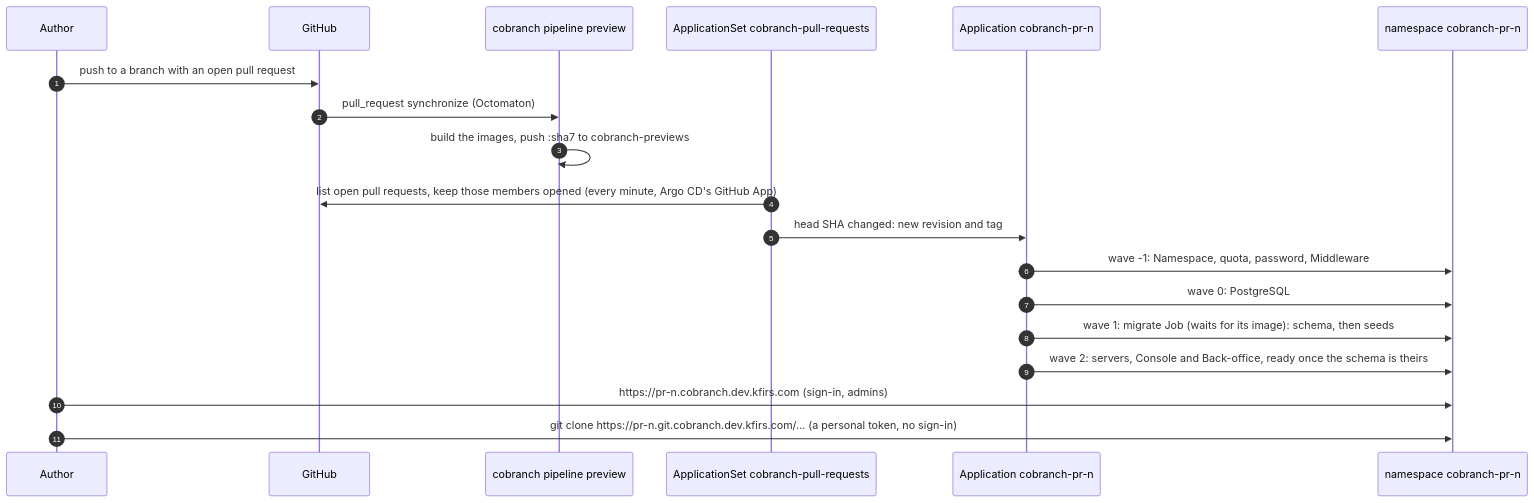
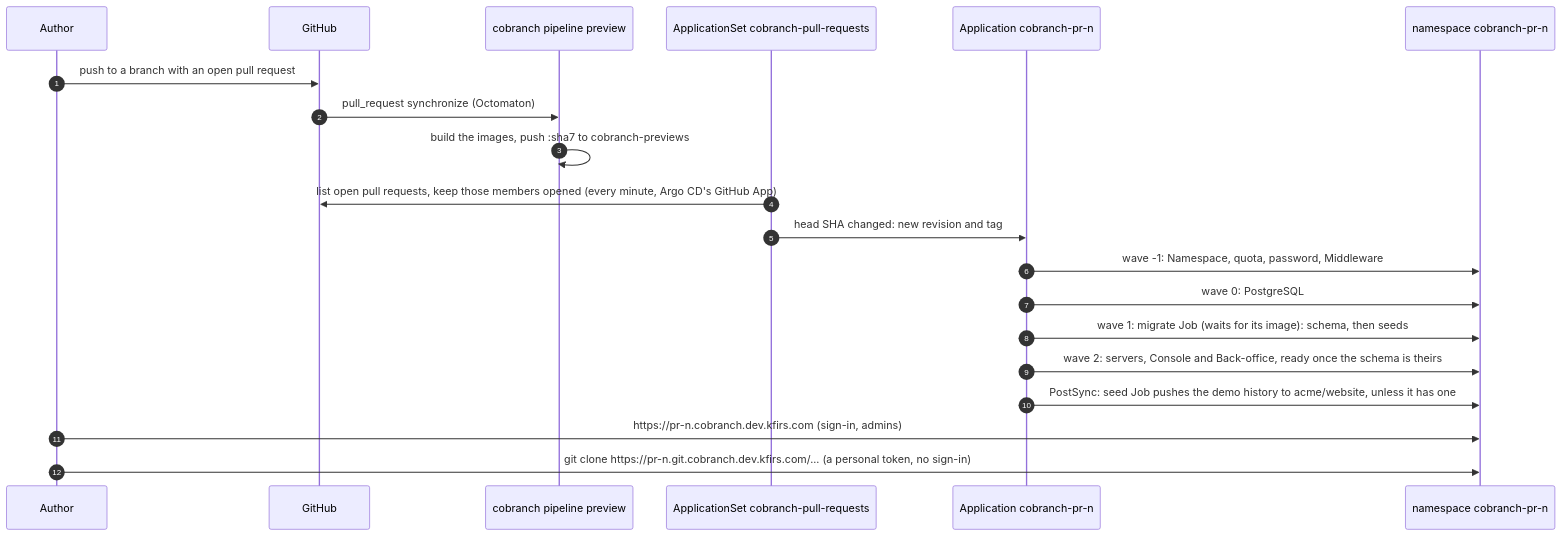
Before and after one commit to arikkfir-org/delivery: the second of 4 diagrams in docs/delivery/designs/cobranch-previews.md, drawn with Mermaid. The commit also changed other lines of this file and 1 other file, not shown here.

First line of the commit message:
feat(cobranch): admit a preview's seed Job to the servers it pushes through

````diff
--- a/docs/delivery/designs/cobranch-previews.md
+++ b/docs/delivery/designs/cobranch-previews.md
@@ -39,21 +39,22 @@
 ```mermaid
 sequenceDiagram
   autonumber
   participant Dev as Author
   participant GH as GitHub
   participant P as cobranch pipeline preview
   participant AS as ApplicationSet cobranch-pull-requests
   participant A as Application cobranch-pr-n
   participant K as namespace cobranch-pr-n
   Dev->>GH: push to a branch with an open pull request
   GH->>P: pull_request synchronize (Octomaton)
   P->>P: build the images, push :sha7 to cobranch-previews
   AS->>GH: list open pull requests, keep those members opened (every minute, Argo CD's GitHub App)
   AS->>A: head SHA changed: new revision and tag
   A->>K: wave -1: Namespace, quota, password, Middleware
   A->>K: wave 0: PostgreSQL
   A->>K: wave 1: migrate Job (waits for its image): schema, then seeds
   A->>K: wave 2: servers, Console and Back-office, ready once the schema is theirs
+  A->>K: PostSync: seed Job pushes the demo history to acme/website, unless it has one
   Dev->>K: https://pr-n.cobranch.dev.kfirs.com (sign-in, admins)
   Dev->>K: git clone https://pr-n.git.cobranch.dev.kfirs.com/... (a personal token, no sign-in)
 ```
````
